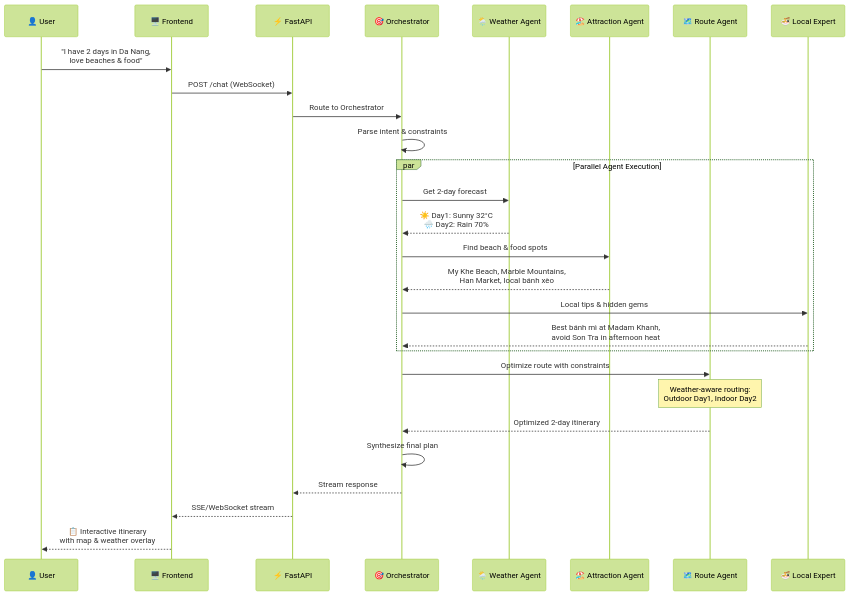
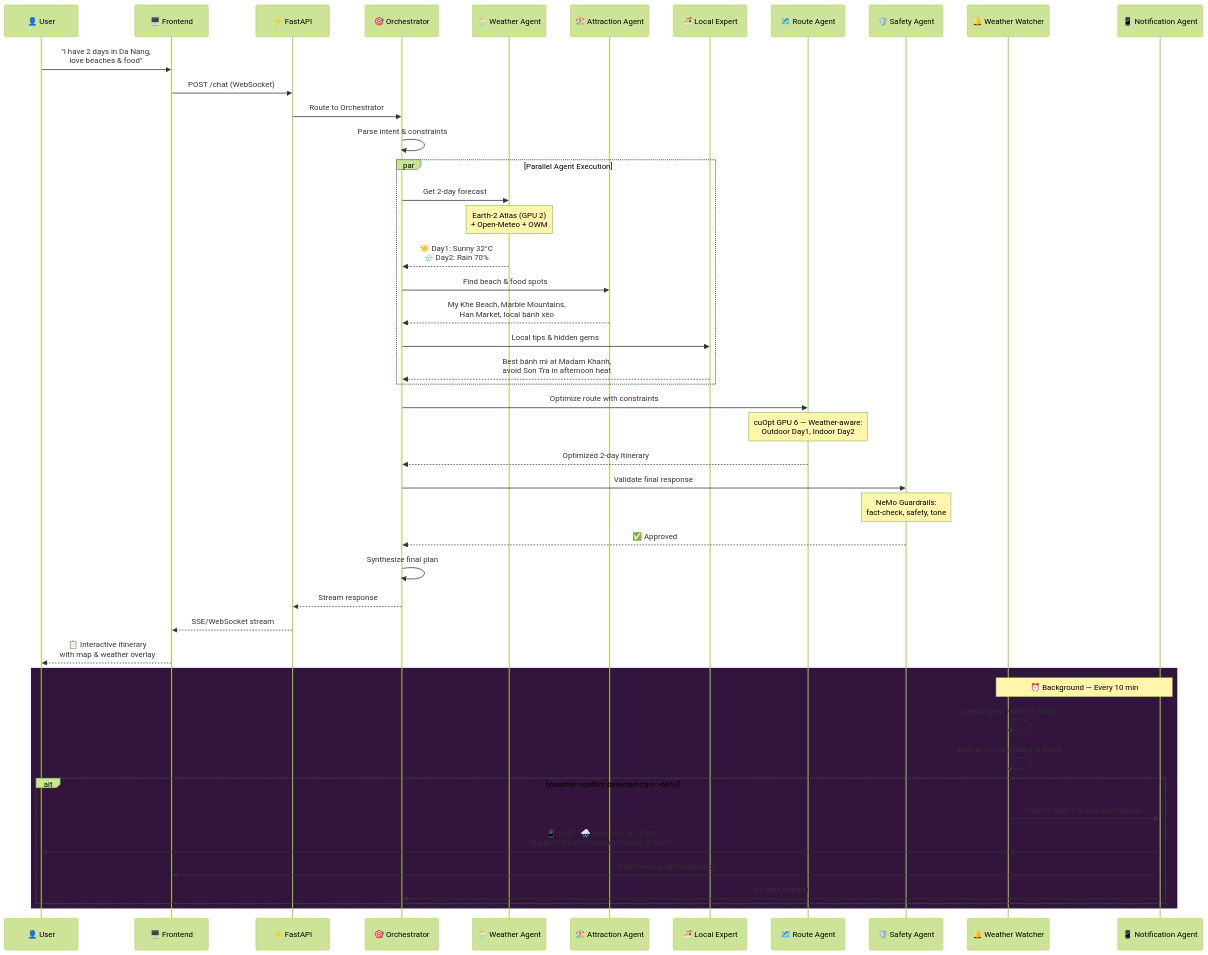
The third of 15 diagrams in documentation.md (BennedictQuanTon/WeatherRise-2026), drawn with Mermaid (forest theme) before and after one commit. The commit also changed other lines of this file and 1 other file, not shown here.

````diff
--- a/documentation.md
+++ b/documentation.md
@@ -237,37 +253,57 @@
 ```mermaid
 sequenceDiagram
     participant U as 👤 User
     participant FE as 🖥️ Frontend
     participant API as ⚡ FastAPI
     participant O as 🎯 Orchestrator
     participant W as 🌦️ Weather Agent
     participant A as 🏖️ Attraction Agent
+    participant L as 🍜 Local Expert
     participant R as 🗺️ Route Agent
-    participant L as 🍜 Local Expert
+    participant S as 🛡️ Safety Agent
+    participant WW as 🔔 Weather Watcher
+    participant NA as 📱 Notification Agent
 
     U->>FE: "I have 2 days in Da Nang,<br/>love beaches & food"
     FE->>API: POST /chat (WebSocket)
     API->>O: Route to Orchestrator
 
     O->>O: Parse intent & constraints
     
     par Parallel Agent Execution
         O->>W: Get 2-day forecast
+        Note over W: Earth-2 Atlas (GPU 2)<br/>+ Open-Meteo + OWM
         W-->>O: ☀️ Day1: Sunny 32°C<br/>🌧️ Day2: Rain 70%
         
         O->>A: Find beach & food spots
         A-->>O: My Khe Beach, Marble Mountains,<br/>Han Market, local bánh xèo
         
         O->>L: Local tips & hidden gems
         L-->>O: Best bánh mì at Madam Khanh,<br/>avoid Son Tra in afternoon heat
     end
 
     O->>R: Optimize route with constraints
-    Note over R: Weather-aware routing:<br/>Outdoor Day1, Indoor Day2
+    Note over R: cuOpt GPU 6 — Weather-aware:<br/>Outdoor Day1, Indoor Day2
     R-->>O: Optimized 2-day itinerary
+
+    O->>S: Validate final response
+    Note over S: NeMo Guardrails:<br/>fact-check, safety, tone
+    S-->>O: ✅ Approved
 
     O->>O: Synthesize final plan
     O-->>API: Stream response
     API-->>FE: SSE/WebSocket stream
     FE-->>U: 📋 Interactive itinerary<br/>with map & weather overlay
+
+    rect rgb(50, 20, 60)
+        Note over WW,NA: ⏰ Background — Every 10 min
+        WW->>WW: Check Open-Meteo + OWM
+        WW->>WW: Scan active itineraries in Redis
+        alt Weather conflict detected (rain >60%)
+            WW->>NA: Conflict alert + indoor alternatives
+            NA->>U: 📱 SMS: "🌧️ Rain 80% at 18:00.<br/>Suggest: Cham Museum (indoor, 2.1km)"
+            NA->>FE: WebSocket push notification
+            NA->>O: Re-plan request
+        end
+    end
 ```
````
